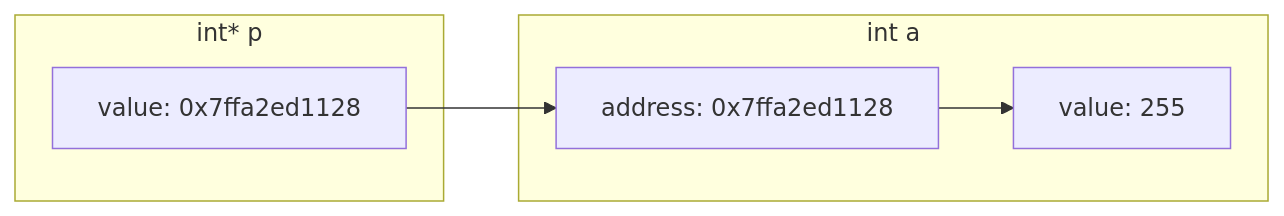
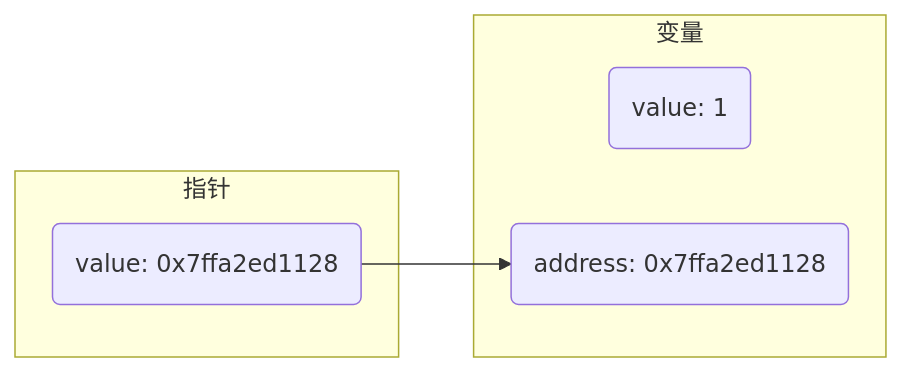
The first of 10 diagrams in _posts/c_c++/pointer/2022-01-08-pointer.md (dmjcb/dmjcb.github.io), drawn with Mermaid before and after one commit. The commit also changed other lines of this file and 22 other files, not shown here.

````diff
--- a/_posts/c_c++/pointer/2022-01-08-pointer.md
+++ b/_posts/c_c++/pointer/2022-01-08-pointer.md
@@ -58,12 +17,11 @@
 ```mermaid
 graph LR;
-    subgraph a[int a]
-        V2[value: 255]
-        A2[address: 0x7ffa2ed1128]
-        A2-->V2
+    subgraph a[变量]
+        V2(value: 1)
+        A2(address: 0x7ffa2ed1128)
     end
-    subgraph p[int* p]
-        V1[value: 0x7ffa2ed1128]
+    subgraph p[指针]
+        V1(value: 0x7ffa2ed1128)
     end
     V1-->A2
 ```
````
